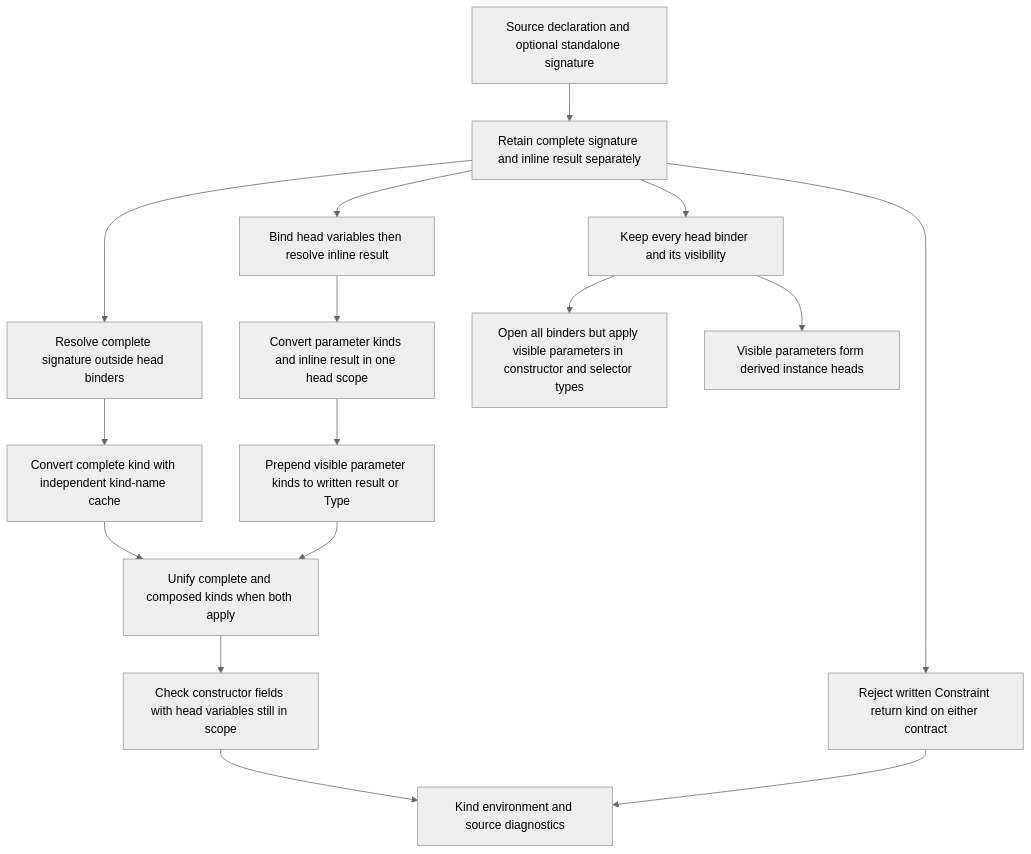
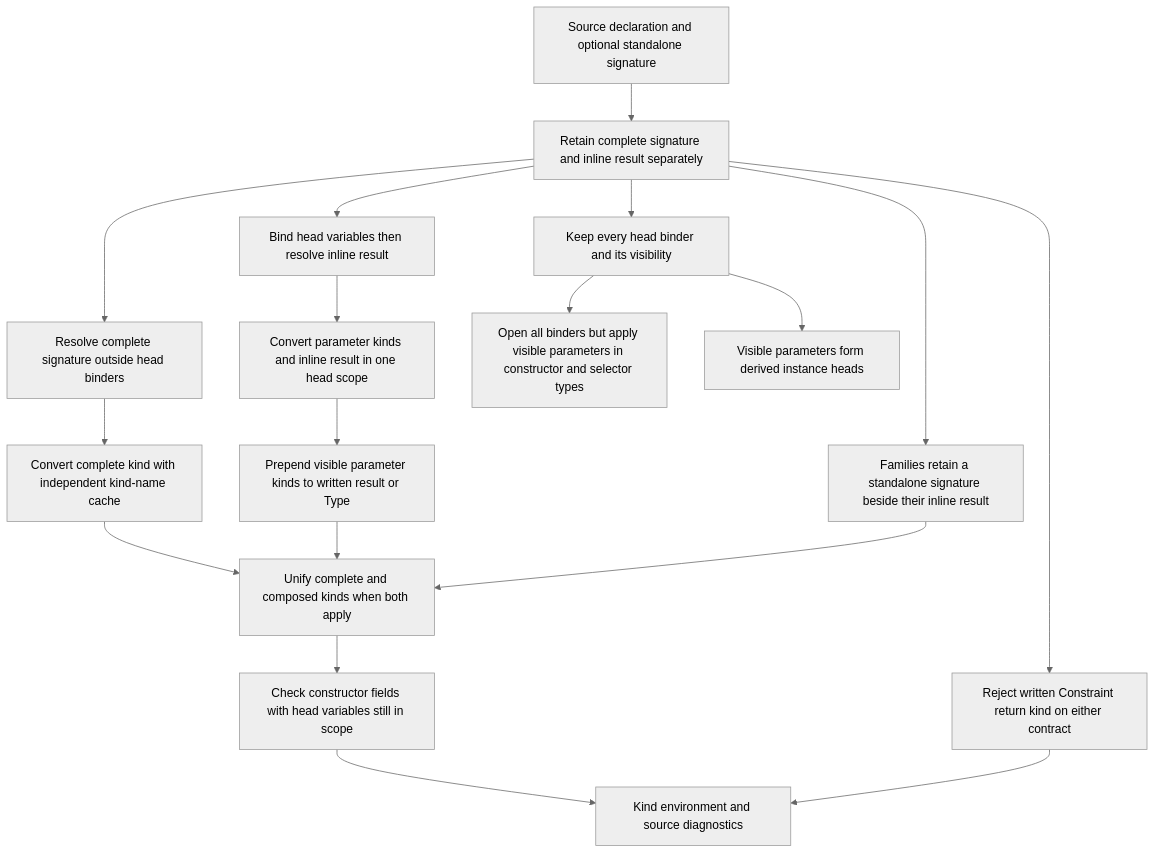
Before and after one commit to loveJesus/haskelujah-chirho: the diagram in spec-chirho/workflows-chirho/language-features-chirho/declaration-kinds-chirho.md, drawn with Mermaid (neutral theme). The commit also changed other lines of this file and 13 other files, not shown here.

````diff
--- a/spec-chirho/workflows-chirho/language-features-chirho/declaration-kinds-chirho.md
+++ b/spec-chirho/workflows-chirho/language-features-chirho/declaration-kinds-chirho.md
@@ -10,18 +10,20 @@
 ```mermaid
 flowchart TD
   SourceChirho[Source declaration and optional standalone signature] --> LowerChirho[Retain complete signature and inline result separately]
   LowerChirho --> CompleteNamesChirho[Resolve complete signature outside head binders]
   LowerChirho --> HeadNamesChirho[Bind head variables then resolve inline result]
   CompleteNamesChirho --> CompleteKindChirho[Convert complete kind with independent kind-name cache]
   HeadNamesChirho --> HeadKindsChirho[Convert parameter kinds and inline result in one head scope]
   HeadKindsChirho --> ComposeChirho[Prepend visible parameter kinds to written result or Type]
   CompleteKindChirho --> ReconcileChirho[Unify complete and composed kinds when both apply]
   ComposeChirho --> ReconcileChirho
   ReconcileChirho --> FieldsChirho[Check constructor fields with head variables still in scope]
   LowerChirho --> ConstraintChirho[Reject written Constraint return kind on either contract]
   FieldsChirho --> ResultChirho[Kind environment and source diagnostics]
   ConstraintChirho --> ResultChirho
   LowerChirho --> VisibilityChirho[Keep every head binder and its visibility]
   VisibilityChirho --> SchemesChirho[Open all binders but apply visible parameters in constructor and selector types]
   VisibilityChirho --> DerivingChirho[Visible parameters form derived instance heads]
+  LowerChirho --> FamilyChirho[Families retain a standalone signature beside their inline result]
+  FamilyChirho --> ReconcileChirho
 ```
````
